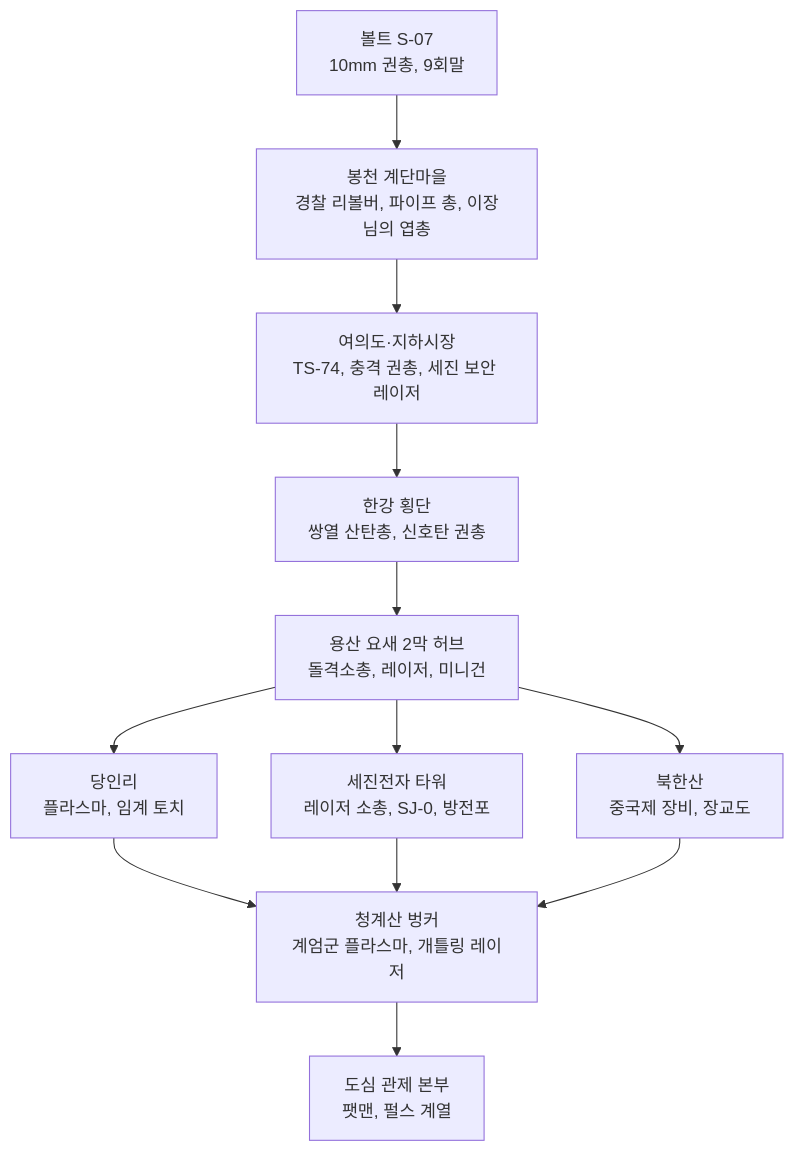
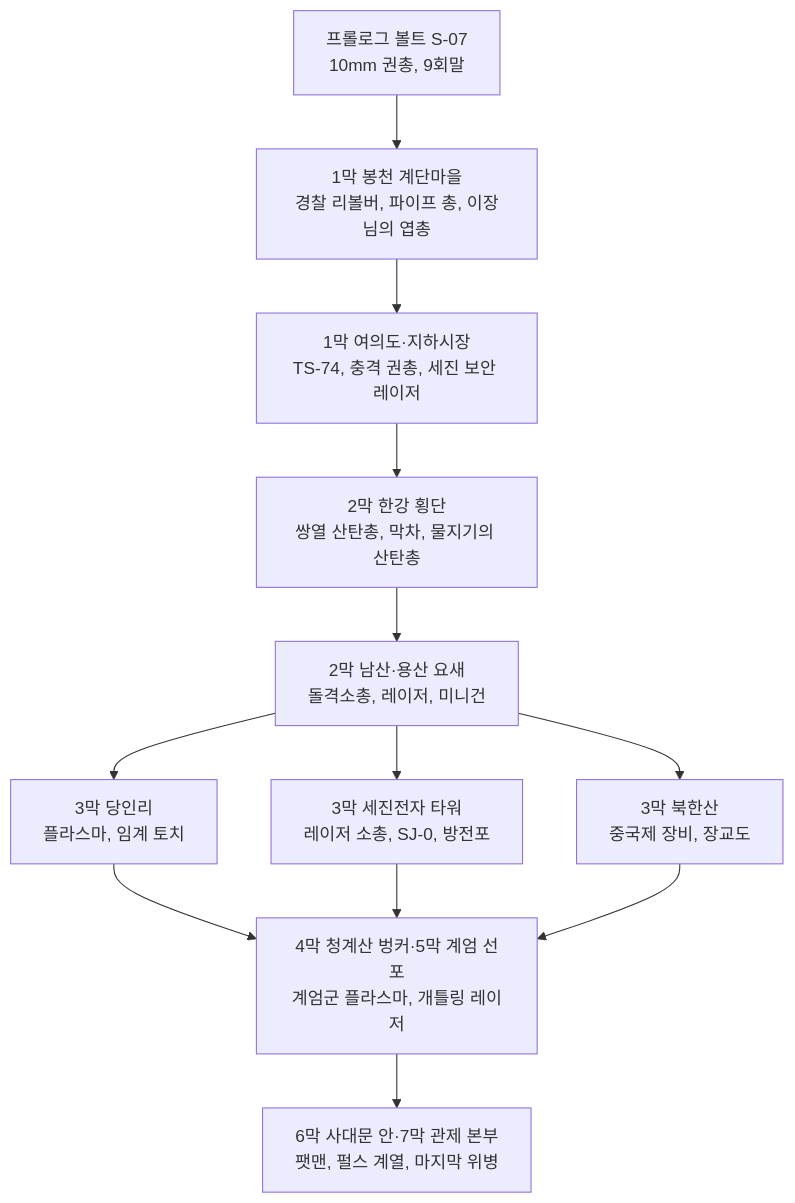
One commit to forsurvive/003 changed the second of 2 diagrams in docs/seoul-fallout/13_items.md. Above: the diagram before and after it, drawn with Mermaid. The commit also changed other lines of this file and 4 other files, not shown here.

````diff
--- a/docs/seoul-fallout/13_items.md
+++ b/docs/seoul-fallout/13_items.md
@@ -415,14 +417,14 @@
 ```mermaid
 flowchart TD
-  V["볼트 S-07<br/>10mm 권총, 9회말"] --> B1["봉천 계단마을<br/>경찰 리볼버, 파이프 총, 이장님의 엽총"]
-  B1 --> Y["여의도·지하시장<br/>TS-74, 충격 권총, 세진 보안 레이저"]
-  Y --> N["한강 횡단<br/>쌍열 산탄총, 신호탄 권총"]
-  N --> U["용산 요새 2막 허브<br/>돌격소총, 레이저, 미니건"]
-  U --> D1["당인리<br/>플라스마, 임계 토치"]
-  U --> D2["세진전자 타워<br/>레이저 소총, SJ-0, 방전포"]
-  U --> D3["북한산<br/>중국제 장비, 장교도"]
-  D1 --> C["청계산 벙커<br/>계엄군 플라스마, 개틀링 레이저"]
+  V["프롤로그 볼트 S-07<br/>10mm 권총, 9회말"] --> B1["1막 봉천 계단마을<br/>경찰 리볼버, 파이프 총, 이장님의 엽총"]
+  B1 --> Y["1막 여의도·지하시장<br/>TS-74, 충격 권총, 세진 보안 레이저"]
+  Y --> N["2막 한강 횡단<br/>쌍열 산탄총, 막차, 물지기의 산탄총"]
+  N --> U["2막 남산·용산 요새<br/>돌격소총, 레이저, 미니건"]
+  U --> D1["3막 당인리<br/>플라스마, 임계 토치"]
+  U --> D2["3막 세진전자 타워<br/>레이저 소총, SJ-0, 방전포"]
+  U --> D3["3막 북한산<br/>중국제 장비, 장교도"]
+  D1 --> C["4막 청계산 벙커·5막 계엄 선포<br/>계엄군 플라스마, 개틀링 레이저"]
   D2 --> C
   D3 --> C
-  C --> G["도심 관제 본부<br/>팻맨, 펄스 계열"]
+  C --> G["6막 사대문 안·7막 관제 본부<br/>팻맨, 펄스 계열, 마지막 위병"]
 ```
````
